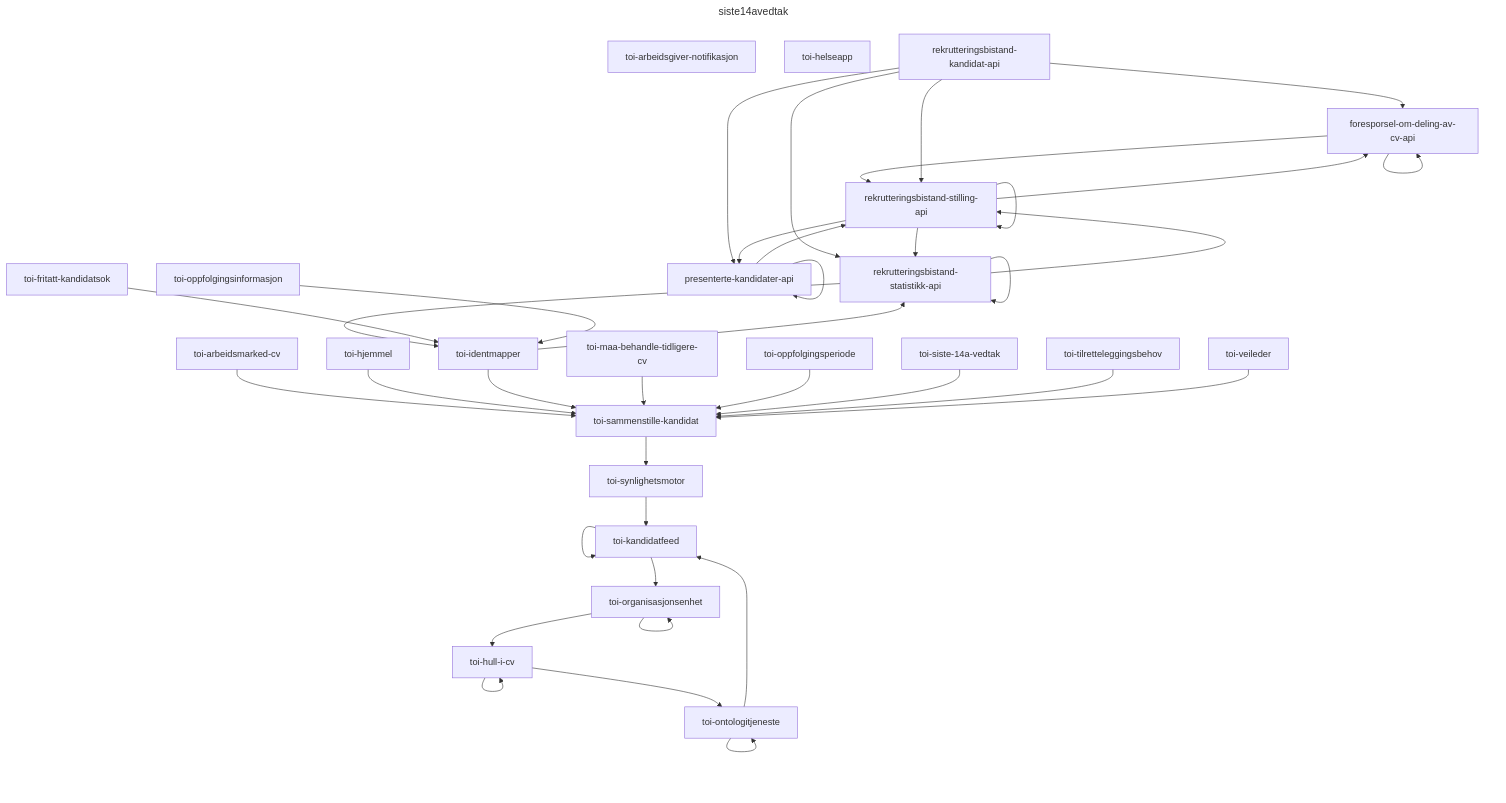
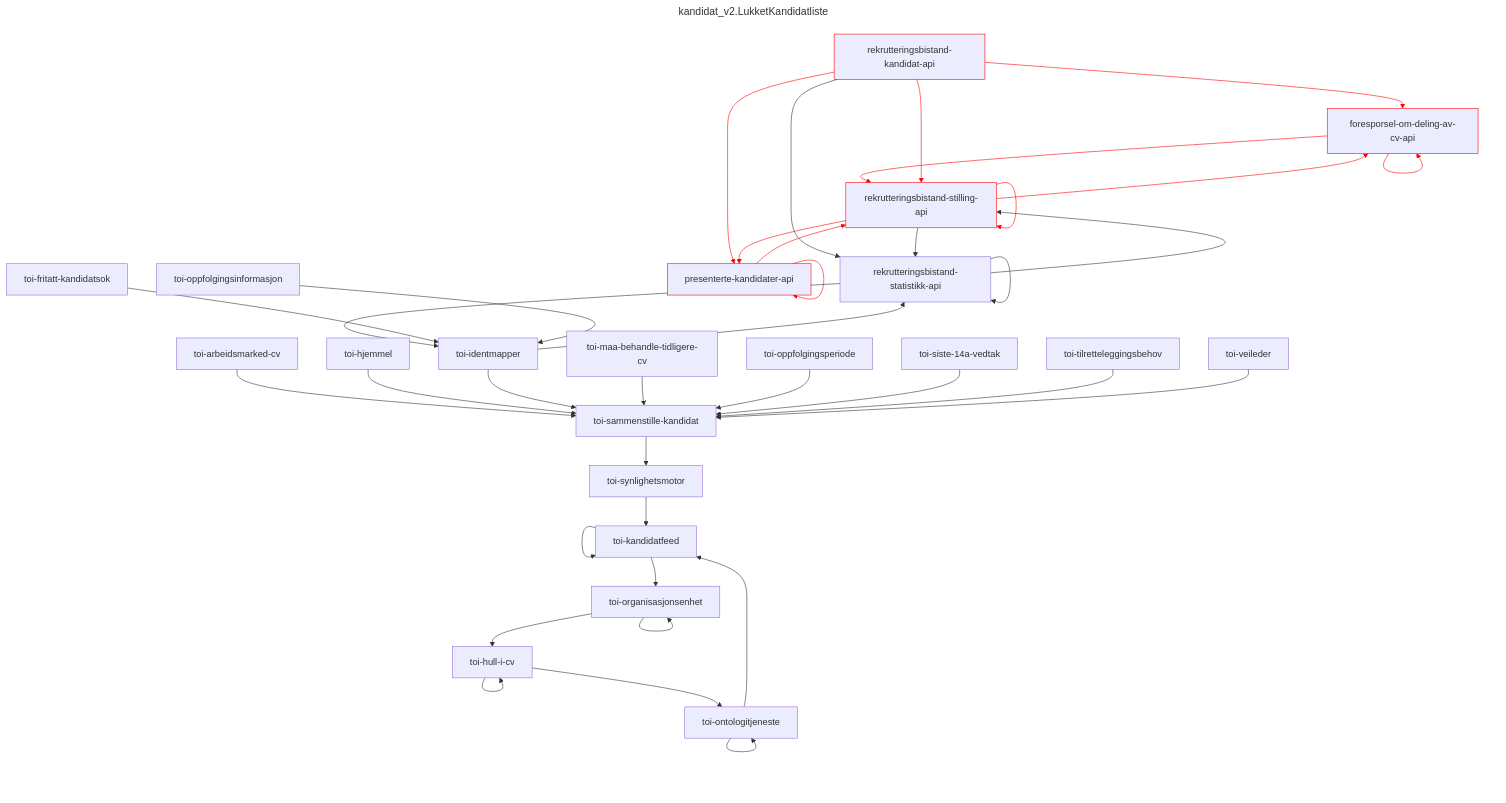
Diagram 13 of 34 in README.md (navikt/toi-rapids-and-rivers-grapher), drawn with Mermaid before and after one commit. The commit also changed other lines of this file, not shown here.

````diff
--- a/README.md
+++ b/README.md
@@ -606,46 +536,45 @@
 ```mermaid
 ---
-title: siste14avedtak
+title: kandidat_v2.LukketKandidatliste
 ---
 graph TD;
-toi-arbeidsgiver-notifikasjon;
-toi-helseapp;
-foresporsel-om-deling-av-cv-api --> foresporsel-om-deling-av-cv-api;
-foresporsel-om-deling-av-cv-api --> rekrutteringsbistand-stilling-api;
-presenterte-kandidater-api --> presenterte-kandidater-api;
-presenterte-kandidater-api --> rekrutteringsbistand-stilling-api;
-rekrutteringsbistand-kandidat-api --> foresporsel-om-deling-av-cv-api;
-rekrutteringsbistand-kandidat-api --> presenterte-kandidater-api;
+foresporsel-om-deling-av-cv-api:::x --> foresporsel-om-deling-av-cv-api:::x;
+foresporsel-om-deling-av-cv-api:::x --> rekrutteringsbistand-stilling-api:::x;
+presenterte-kandidater-api:::x --> presenterte-kandidater-api:::x;
+presenterte-kandidater-api:::x --> rekrutteringsbistand-stilling-api:::x;
+rekrutteringsbistand-kandidat-api:::x --> foresporsel-om-deling-av-cv-api:::x;
+rekrutteringsbistand-kandidat-api:::x --> presenterte-kandidater-api:::x;
 rekrutteringsbistand-kandidat-api --> rekrutteringsbistand-statistikk-api;
-rekrutteringsbistand-kandidat-api --> rekrutteringsbistand-stilling-api;
+rekrutteringsbistand-kandidat-api:::x --> rekrutteringsbistand-stilling-api:::x;
 rekrutteringsbistand-statistikk-api --> rekrutteringsbistand-statistikk-api;
 rekrutteringsbistand-statistikk-api --> rekrutteringsbistand-stilling-api;
 rekrutteringsbistand-statistikk-api --> toi-identmapper;
-rekrutteringsbistand-stilling-api --> foresporsel-om-deling-av-cv-api;
-rekrutteringsbistand-stilling-api --> presenterte-kandidater-api;
+rekrutteringsbistand-stilling-api:::x --> foresporsel-om-deling-av-cv-api:::x;
+rekrutteringsbistand-stilling-api:::x --> presenterte-kandidater-api:::x;
 rekrutteringsbistand-stilling-api --> rekrutteringsbistand-statistikk-api;
-rekrutteringsbistand-stilling-api --> rekrutteringsbistand-stilling-api;
+rekrutteringsbistand-stilling-api:::x --> rekrutteringsbistand-stilling-api:::x;
 toi-arbeidsmarked-cv --> toi-sammenstille-kandidat;
 toi-fritatt-kandidatsok --> toi-identmapper;
 toi-hjemmel --> toi-sammenstille-kandidat;
 toi-hull-i-cv --> toi-hull-i-cv;
 toi-hull-i-cv --> toi-ontologitjeneste;
 toi-identmapper --> rekrutteringsbistand-statistikk-api;
 toi-identmapper --> toi-sammenstille-kandidat;
 toi-kandidatfeed --> toi-kandidatfeed;
 toi-kandidatfeed --> toi-organisasjonsenhet;
 toi-maa-behandle-tidligere-cv --> toi-sammenstille-kandidat;
 toi-ontologitjeneste --> toi-kandidatfeed;
 toi-ontologitjeneste --> toi-ontologitjeneste;
 toi-oppfolgingsinformasjon --> toi-identmapper;
 toi-oppfolgingsperiode --> toi-sammenstille-kandidat;
 toi-organisasjonsenhet --> toi-hull-i-cv;
 toi-organisasjonsenhet --> toi-organisasjonsenhet;
 toi-sammenstille-kandidat --> toi-synlighetsmotor;
 toi-siste-14a-vedtak --> toi-sammenstille-kandidat;
 toi-synlighetsmotor --> toi-kandidatfeed;
 toi-tilretteleggingsbehov --> toi-sammenstille-kandidat;
 toi-veileder --> toi-sammenstille-kandidat;
 
-
+linkStyle 0,1,2,3,4,5,7,11,12,14 stroke:red;
+classDef x stroke: red;
 ```
````
